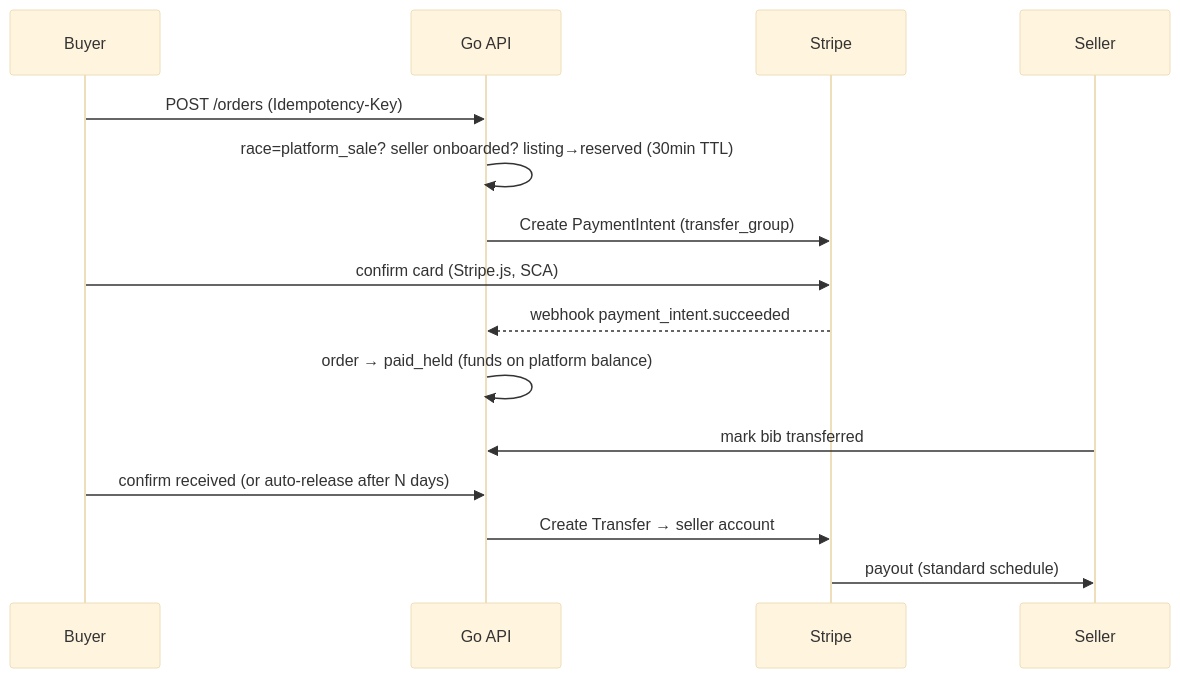
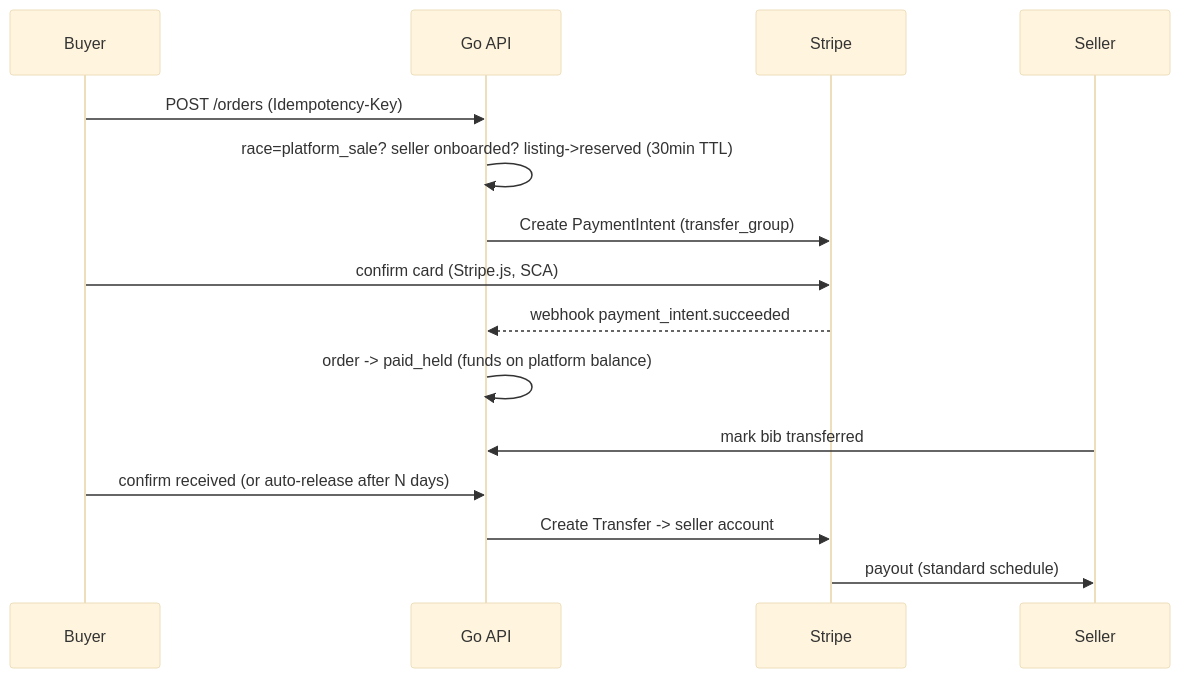
The diagram in docs/PAYMENTS_AND_COMPLIANCE.md (leonfullxr/bibseller), drawn with Mermaid (base theme) before and after one commit. The commit also changed other lines of this file and 55 other files, not shown here.

````diff
--- a/docs/PAYMENTS_AND_COMPLIANCE.md
+++ b/docs/PAYMENTS_AND_COMPLIANCE.md
@@ -16,17 +16,17 @@
 ```mermaid
 sequenceDiagram
     participant B as Buyer
     participant API as Go API
     participant S as Stripe
     participant SL as Seller
     B->>API: POST /orders (Idempotency-Key)
-    API->>API: race=platform_sale? seller onboarded? listing→reserved (30min TTL)
+    API->>API: race=platform_sale? seller onboarded? listing->reserved (30min TTL)
     API->>S: Create PaymentIntent (transfer_group)
     B->>S: confirm card (Stripe.js, SCA)
     S-->>API: webhook payment_intent.succeeded
-    API->>API: order → paid_held  (funds on platform balance)
+    API->>API: order -> paid_held  (funds on platform balance)
     SL->>API: mark bib transferred
     B->>API: confirm received (or auto-release after N days)
-    API->>S: Create Transfer → seller account
+    API->>S: Create Transfer -> seller account
     S->>SL: payout (standard schedule)
 ```
````
